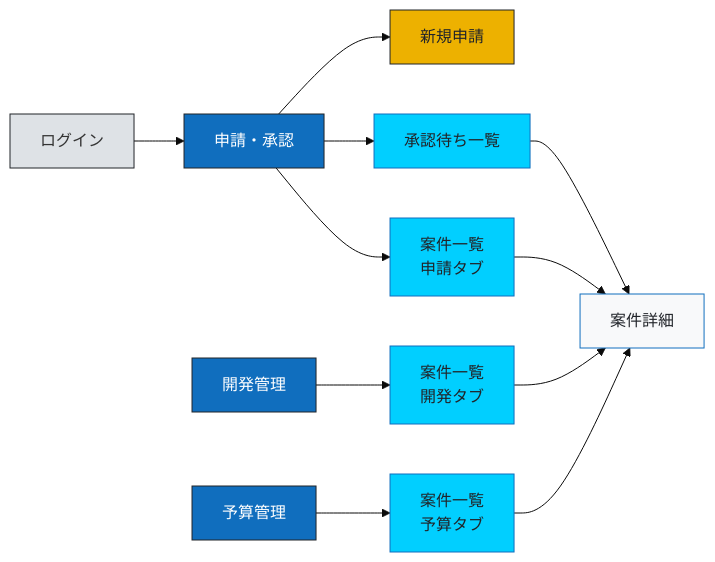
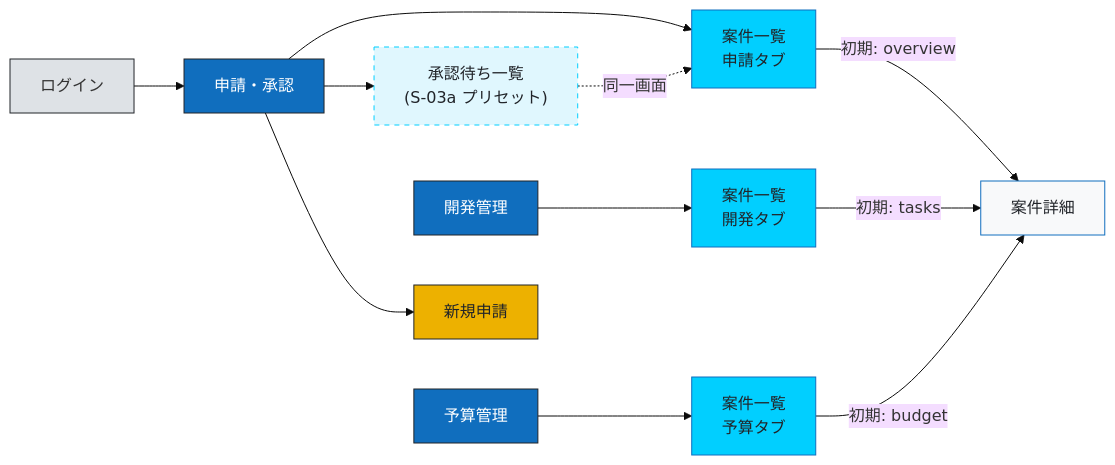
Before and after one commit to toutetu/ProjNexus: the first of 3 diagrams in quest_1/doc/Design/screen_flow.md, drawn with Mermaid (base theme). The commit also changed other lines of this file and 14 other files, not shown here.

````diff
--- a/quest_1/doc/Design/screen_flow.md
+++ b/quest_1/doc/Design/screen_flow.md
@@ -121,30 +137,31 @@
 ```mermaid
 flowchart LR
   S01[ログイン]:::auth
   NAV1[申請・承認]:::sec
   NAV2[開発管理]:::sec
   NAV3[予算管理]:::sec
   S03A[案件一覧<br/>申請タブ]:::hub
   S03B[案件一覧<br/>開発タブ]:::hub
   S03C[案件一覧<br/>予算タブ]:::hub
-  S07[承認待ち一覧]:::hub
+  S07["承認待ち一覧<br/>(S-03a プリセット)"]:::preset
   S05[新規申請]:::form
   S04[案件詳細]:::detail
 
   S01 --> NAV1
   NAV1 --> S05
   NAV1 --> S07
   NAV1 --> S03A
   NAV2 --> S03B
   NAV3 --> S03C
-  S03A --> S04
-  S03B --> S04
-  S03C --> S04
-  S07 --> S04
+  S07 -.同一画面.-> S03A
+  S03A -->|"初期: overview"| S04
+  S03B -->|"初期: tasks"| S04
+  S03C -->|"初期: budget"| S04
 
   classDef auth fill:#DEE2E6,stroke:#212429
   classDef sec fill:#106EBE,stroke:#212429,color:#FFFFFF
   classDef hub fill:#01CFFF,stroke:#106EBE,color:#212429
+  classDef preset fill:#E0F7FE,stroke:#01CFFF,color:#212429,stroke-dasharray: 5 5
   classDef form fill:#EDB100,stroke:#212429,color:#212429
   classDef detail fill:#F8F9FA,stroke:#106EBE,color:#212429
 ```
````
